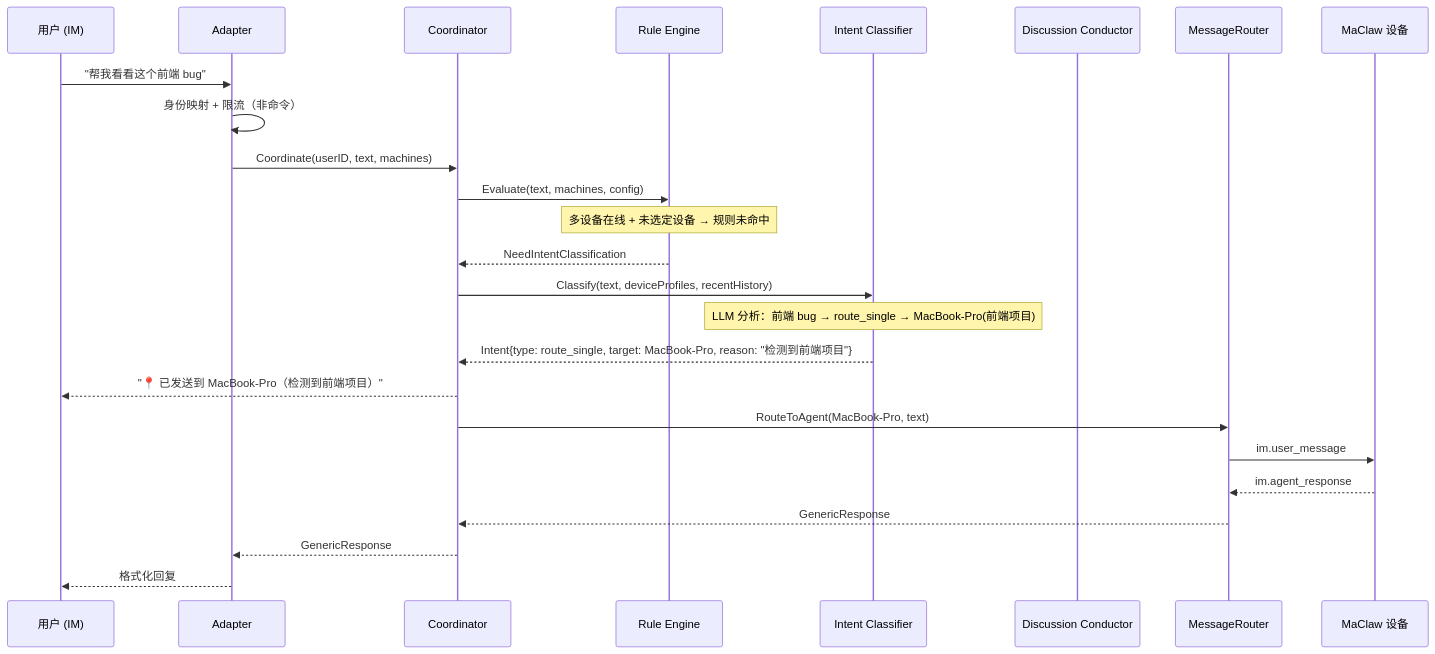
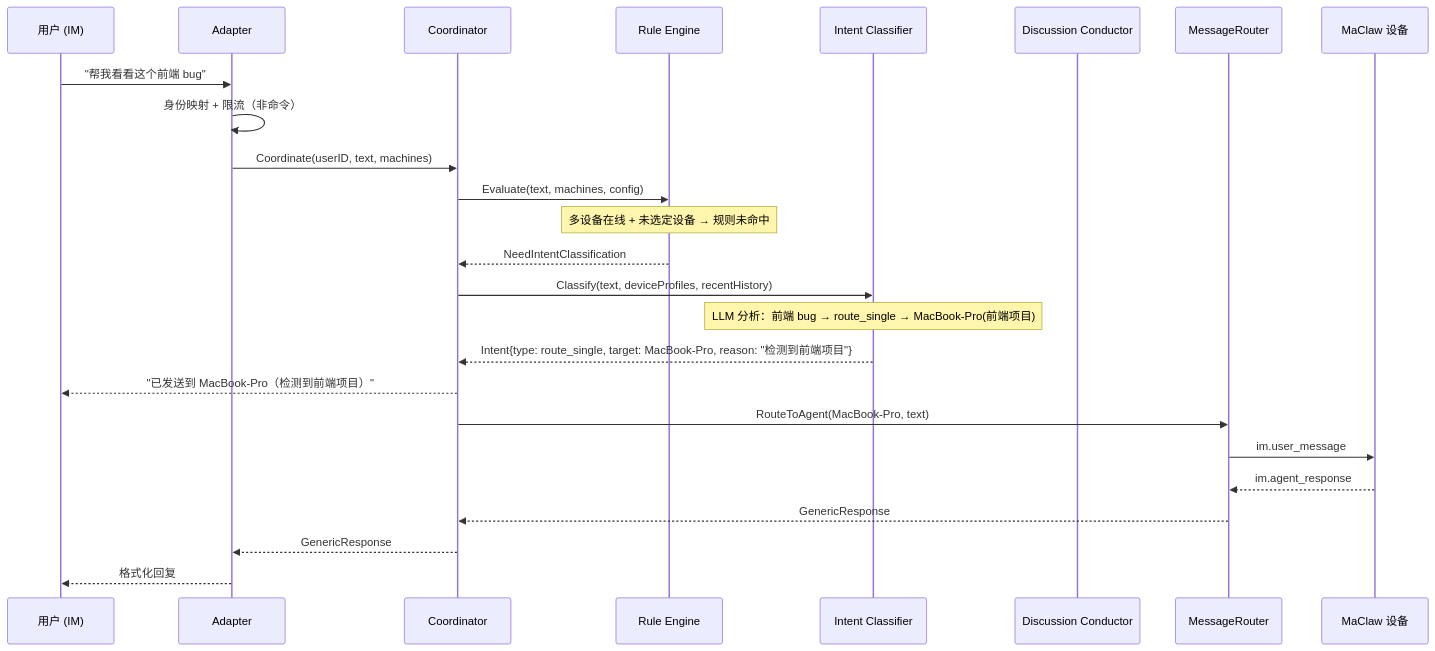
Before and after one commit to RapidAI/MaClaw: the second of 3 diagrams in .kiro/specs/hub-llm-coordinator/design.md, drawn with Mermaid. The commit also changed other lines of this file and 1135 other files, not shown here.

````diff
--- a/.kiro/specs/hub-llm-coordinator/design.md
+++ b/.kiro/specs/hub-llm-coordinator/design.md
@@ -91,28 +91,28 @@
 ```mermaid
 sequenceDiagram
     participant U as 用户 (IM)
     participant A as Adapter
     participant C as Coordinator
     participant RE as Rule Engine
     participant IC as Intent Classifier
     participant DC as Discussion Conductor
     participant MR as MessageRouter
     participant D as MaClaw 设备
 
     U->>A: "帮我看看这个前端 bug"
     A->>A: 身份映射 + 限流（非命令）
     A->>C: Coordinate(userID, text, machines)
     C->>RE: Evaluate(text, machines, config)
     Note over RE: 多设备在线 + 未选定设备 → 规则未命中
     RE-->>C: NeedIntentClassification
     C->>IC: Classify(text, deviceProfiles, recentHistory)
     Note over IC: LLM 分析：前端 bug → route_single → MacBook-Pro(前端项目)
     IC-->>C: Intent{type: route_single, target: MacBook-Pro, reason: "检测到前端项目"}
-    C-->>U: "📍 已发送到 MacBook-Pro（检测到前端项目）"
+    C-->>U: "已发送到 MacBook-Pro（检测到前端项目）"
     C->>MR: RouteToAgent(MacBook-Pro, text)
     MR->>D: im.user_message
     D-->>MR: im.agent_response
     MR-->>C: GenericResponse
     C-->>A: GenericResponse
     A-->>U: 格式化回复
 ```
````
